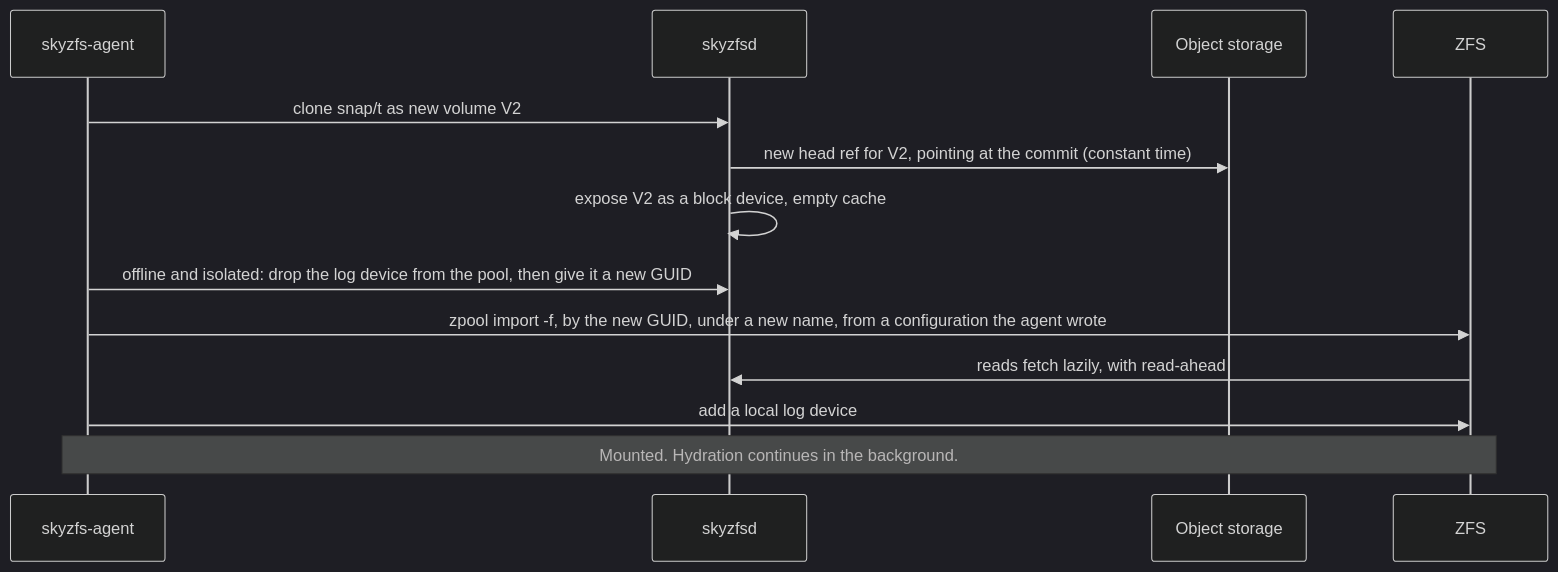
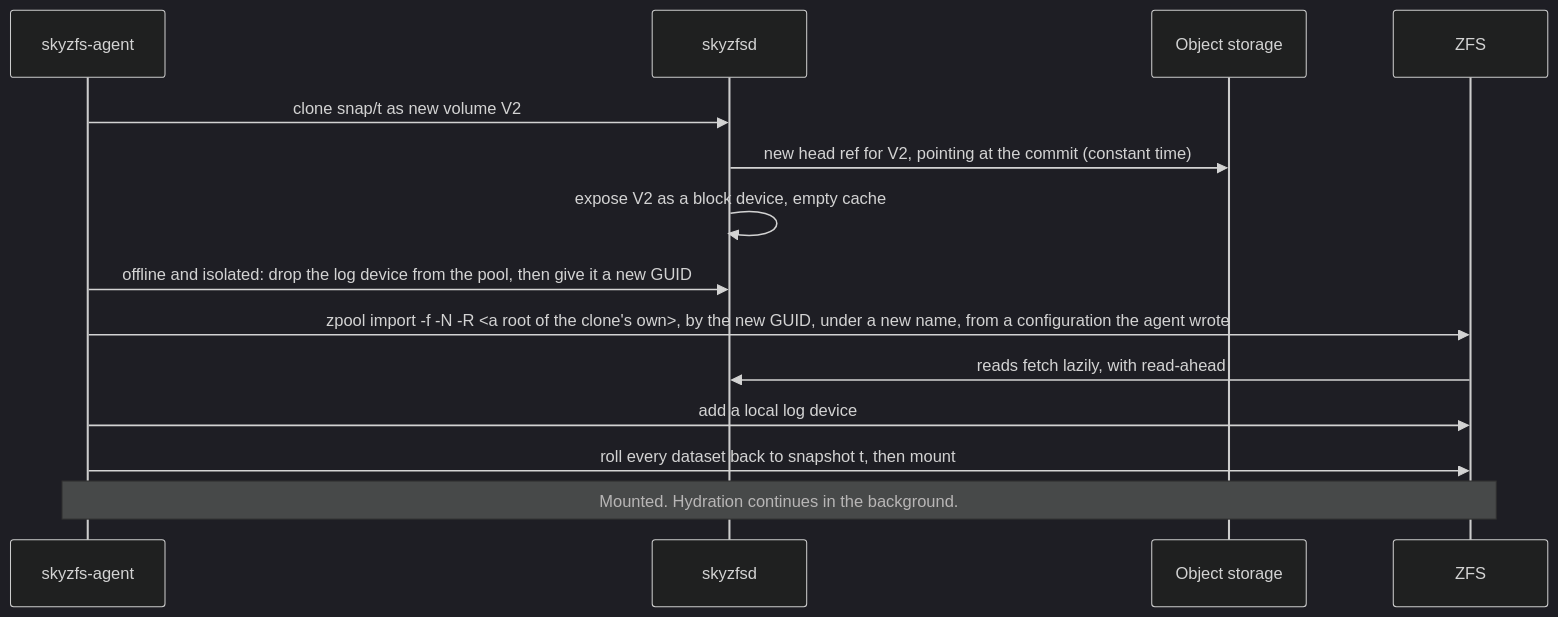
The fourth of 5 diagrams in docs/skyzfs-design.md (skyzfs/skyzfs), drawn with Mermaid (dark theme) before and after one commit. The commit also changed other lines of this file, not shown here.

First line of the commit message:
Design §5.4: a clone's import mounts nothing and uses its own root; datasets are rolled back to the snapshot before mounting

````diff
--- a/docs/skyzfs-design.md
+++ b/docs/skyzfs-design.md
@@ -342,16 +342,17 @@
 ```mermaid
 sequenceDiagram
     participant A as skyzfs-agent
     participant D as skyzfsd
     participant O as Object storage
     participant Z as ZFS
 
     A->>D: clone snap/t as new volume V2
     D->>O: new head ref for V2, pointing at the commit (constant time)
     D->>D: expose V2 as a block device, empty cache
     A->>D: offline and isolated: drop the log device from the pool, then give it a new GUID
-    A->>Z: zpool import -f, by the new GUID, under a new name, from a configuration the agent wrote
+    A->>Z: zpool import -f -N -R <a root of the clone's own>, by the new GUID, under a new name, from a configuration the agent wrote
     Z->>D: reads fetch lazily, with read-ahead
     A->>Z: add a local log device
+    A->>Z: roll every dataset back to snapshot t, then mount
     Note over A,Z: Mounted. Hydration continues in the background.
 ```
````
